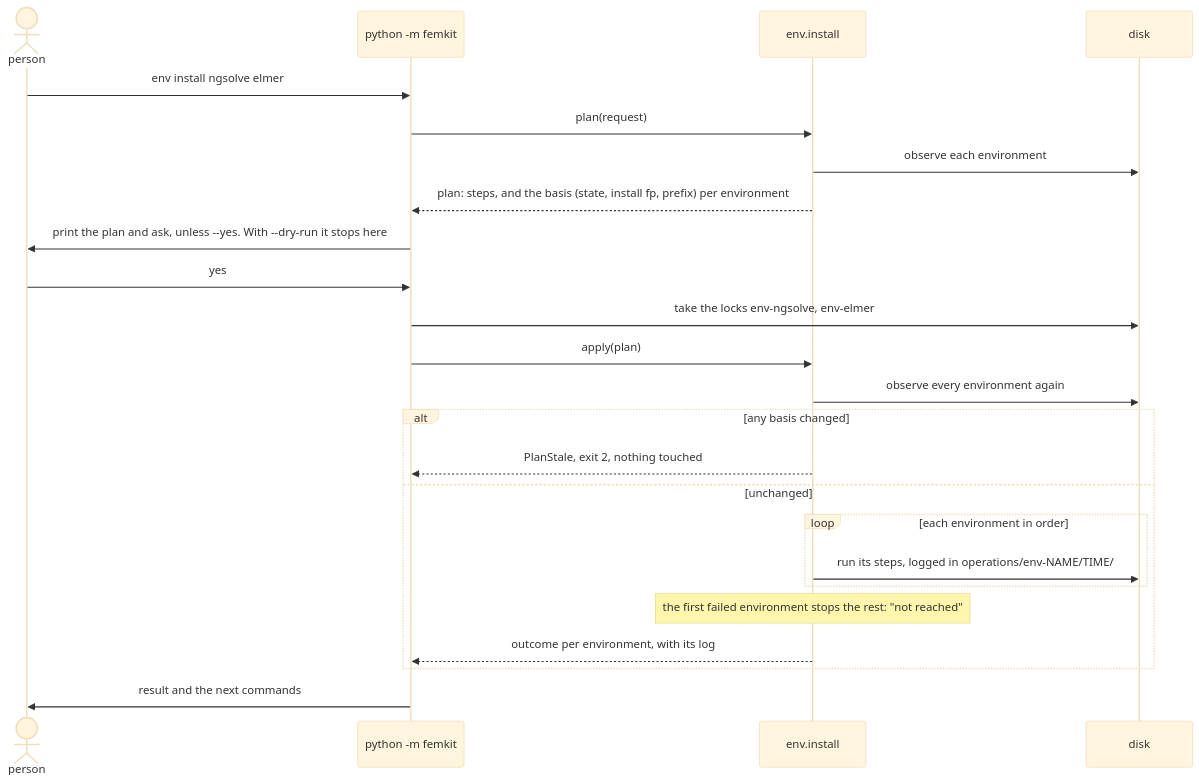
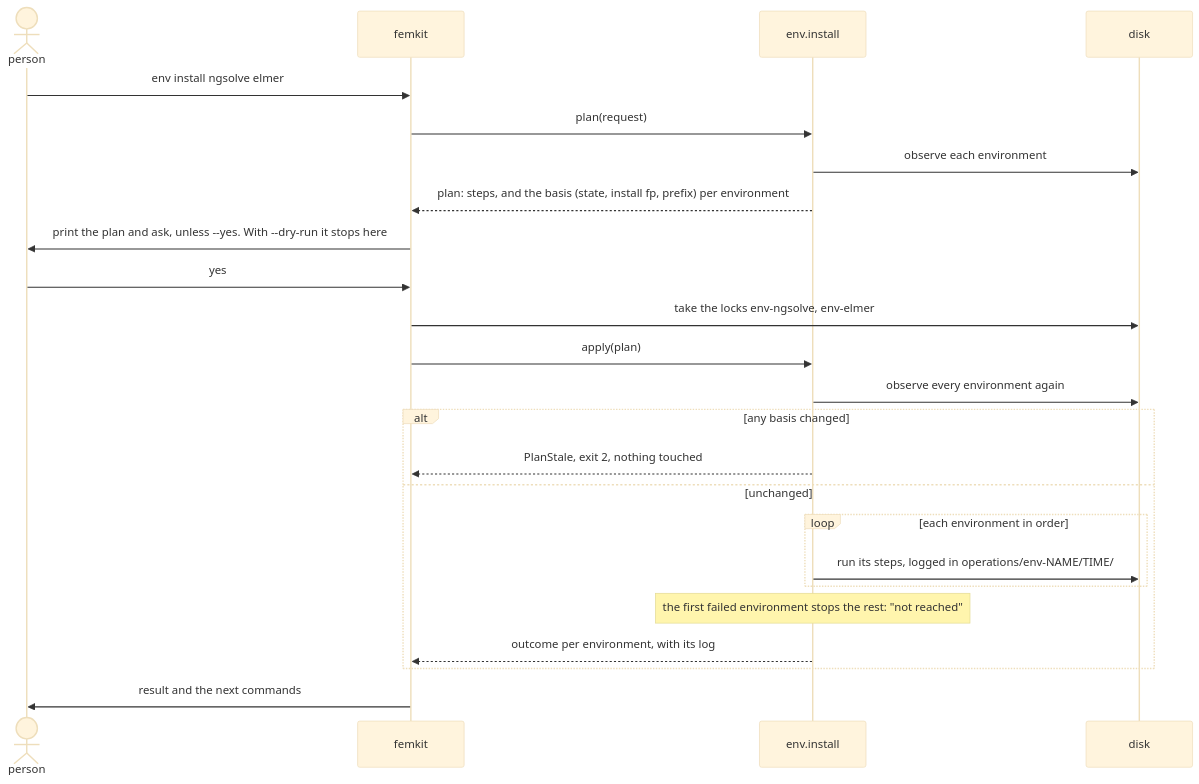
One commit to Qing-LAB/femkit changed the seventh of 11 diagrams in docs/contracts/envs.md. Above: the diagram before and after it, drawn with Mermaid (base theme). The commit also changed other lines of this file and 142 other files, not shown here.

````diff
--- a/docs/contracts/envs.md
+++ b/docs/contracts/envs.md
@@ -321,26 +321,26 @@
 ```mermaid
 sequenceDiagram
     actor P as person
-    participant CLI as python -m femkit
+    participant CLI as femkit
     participant Op as env.install
     participant D as disk
     P->>CLI: env install ngsolve elmer
     CLI->>Op: plan(request)
     Op->>D: observe each environment
     Op-->>CLI: plan: steps, and the basis (state, install fp, prefix) per environment
     CLI->>P: print the plan and ask, unless --yes. With --dry-run it stops here
     P->>CLI: yes
     CLI->>D: take the locks env-ngsolve, env-elmer
     CLI->>Op: apply(plan)
     Op->>D: observe every environment again
     alt any basis changed
         Op-->>CLI: PlanStale, exit 2, nothing touched
     else unchanged
         loop each environment in order
             Op->>D: run its steps, logged in operations/env-NAME/TIME/
         end
         Note over Op: the first failed environment stops the rest: "not reached"
         Op-->>CLI: outcome per environment, with its log
     end
     CLI->>P: result and the next commands
 ```
````
